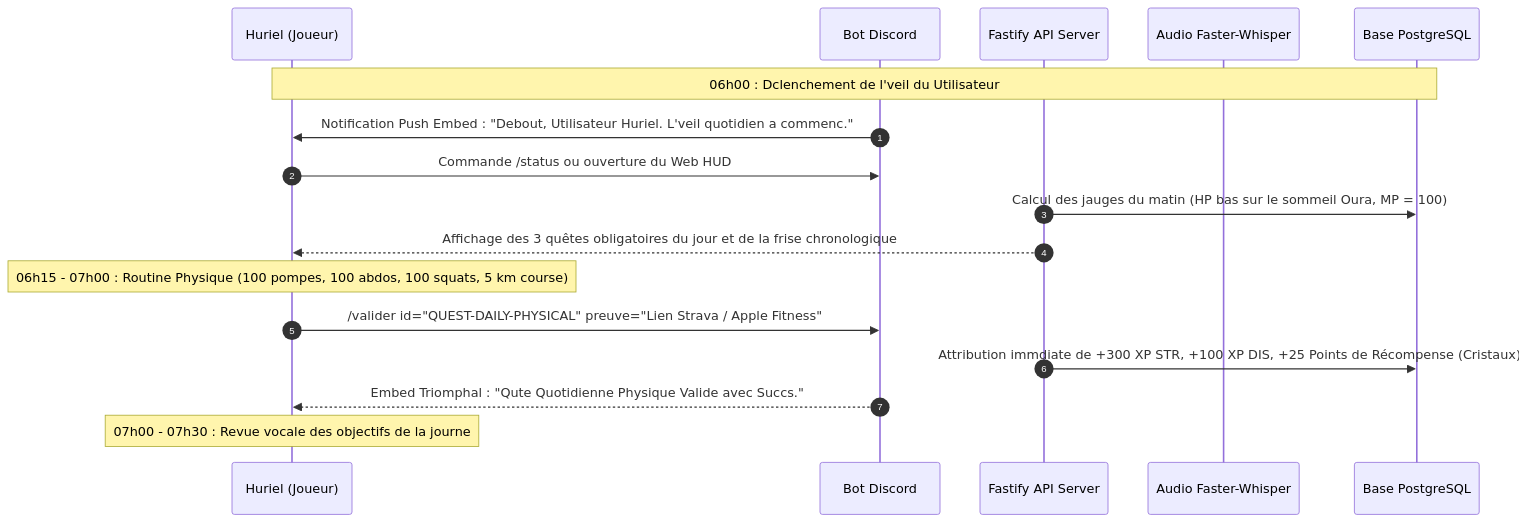
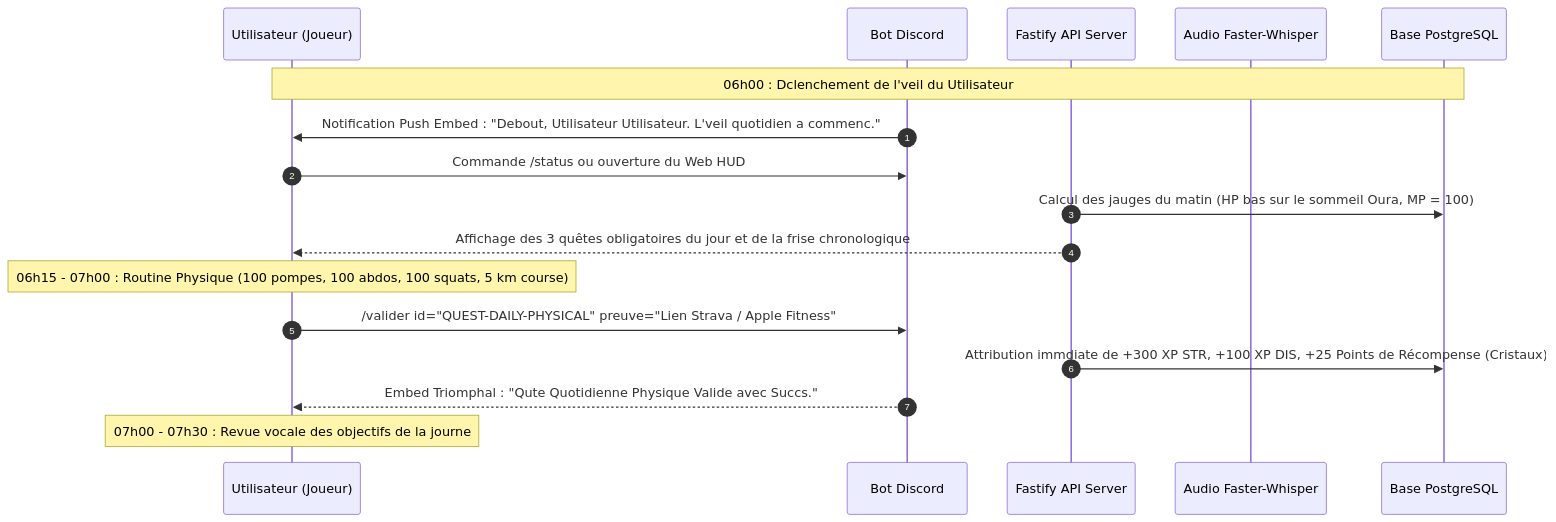
Before and after one commit to GeovanioH/LevelUp: the seventh of 9 diagrams in docs/09-ROADMAP.md, drawn with Mermaid. The commit also changed other lines of this file and 11 other files, not shown here.

````diff
--- a/docs/09-ROADMAP.md
+++ b/docs/09-ROADMAP.md
@@ -1630,20 +1630,20 @@
 ```mermaid
 sequenceDiagram
     autonumber
-    participant H as Huriel (Joueur)
+    participant H as Utilisateur (Joueur)
     participant D as Bot Discord
     participant API as Fastify API Server
     participant W as Audio Faster-Whisper
     participant DB as Base PostgreSQL
 
     Note over H, DB: 06h00 : Dclenchement de l'veil du Utilisateur
-    D->>H: Notification Push Embed : "Debout, Utilisateur Huriel. L'veil quotidien a commenc."
+    D->>H: Notification Push Embed : "Debout, Utilisateur Utilisateur. L'veil quotidien a commenc."
     H->>D: Commande /status ou ouverture du Web HUD
     API->>DB: Calcul des jauges du matin (HP bas sur le sommeil Oura, MP = 100)
     API-->>H: Affichage des 3 quêtes obligatoires du jour et de la frise chronologique
     Note over H: 06h15 - 07h00 : Routine Physique (100 pompes, 100 abdos, 100 squats, 5 km course)
     H->>D: /valider id="QUEST-DAILY-PHYSICAL" preuve="Lien Strava / Apple Fitness"
     API->>DB: Attribution immdiate de +300 XP STR, +100 XP DIS, +25 Points de Récompense (Cristaux)
     D-->>H: Embed Triomphal : "Qute Quotidienne Physique Valide avec Succs."
     Note over H: 07h00 - 07h30 : Revue vocale des objectifs de la journe
 ```
````
